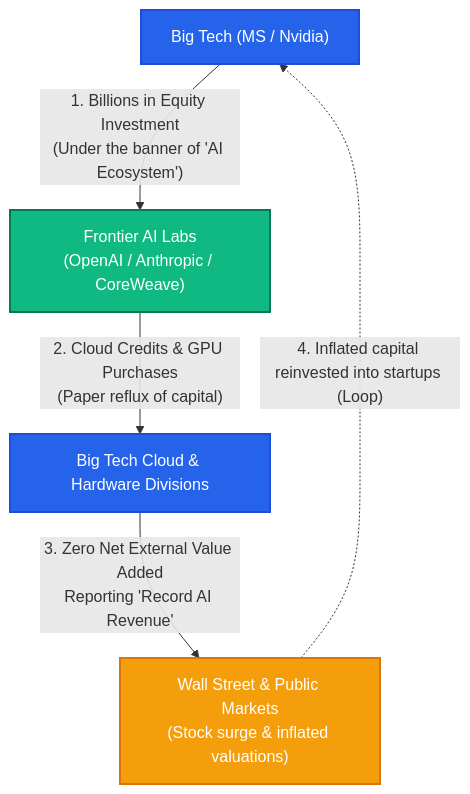
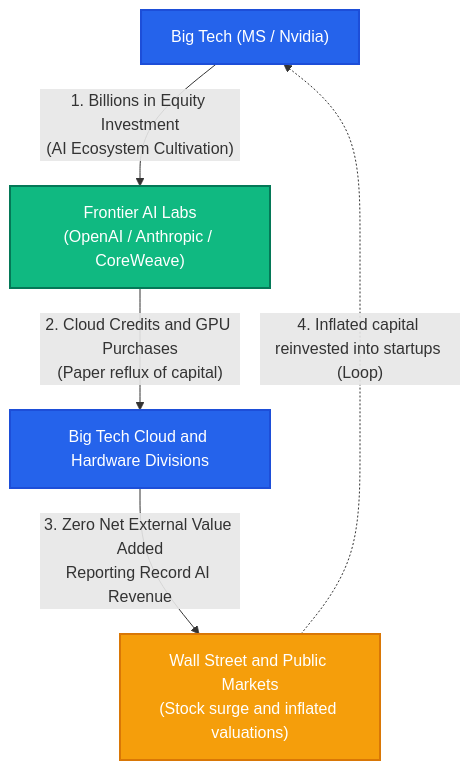
One commit to fritzprix/fritzprix.github.io changed the first of 2 diagrams in posts/2026-09-13-ai-investment-bubble-structure-en.md. Above: the diagram before and after it, drawn with Mermaid. The commit also changed 7 other files, not shown here.

Commit message:
fix(mermaid): 다이어그램 순차 렌더링 큐 도입 및 빌드 시 사전 검증(mermaid.parse) 강화

````diff
--- a/posts/2026-09-13-ai-investment-bubble-structure-en.md
+++ b/posts/2026-09-13-ai-investment-bubble-structure-en.md
@@ -33,12 +33,12 @@
 ```mermaid
 flowchart TD
-    A["Big Tech (MS / Nvidia)"] -->|"1. Billions in Equity Investment<br/>(Under the banner of 'AI Ecosystem')"| B["Frontier AI Labs<br/>(OpenAI / Anthropic / CoreWeave)"]
-    B -->|"2. Cloud Credits & GPU Purchases<br/>(Paper reflux of capital)"| C["Big Tech Cloud & Hardware Divisions"]
-    C -->|"3. Zero Net External Value Added<br/>Reporting 'Record AI Revenue'"| D["Wall Street & Public Markets<br/>(Stock surge & inflated valuations)"]
+    A["Big Tech (MS / Nvidia)"] -->|"1. Billions in Equity Investment<br/>(AI Ecosystem Cultivation)"| B["Frontier AI Labs<br/>(OpenAI / Anthropic / CoreWeave)"]
+    B -->|"2. Cloud Credits and GPU Purchases<br/>(Paper reflux of capital)"| C["Big Tech Cloud and Hardware Divisions"]
+    C -->|"3. Zero Net External Value Added<br/>Reporting Record AI Revenue"| D["Wall Street and Public Markets<br/>(Stock surge and inflated valuations)"]
     D -.->|"4. Inflated capital reinvested into startups (Loop)"| A
 
     style A fill:#2563eb,stroke:#1d4ed8,stroke-width:2px,color:#fff
     style B fill:#10b981,stroke:#047857,stroke-width:2px,color:#fff
     style C fill:#2563eb,stroke:#1d4ed8,stroke-width:2px,color:#fff
     style D fill:#f59e0b,stroke:#d97706,stroke-width:2px,color:#fff
 ```
````
